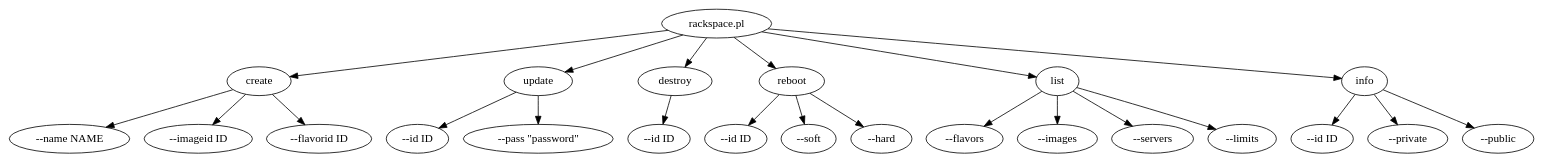
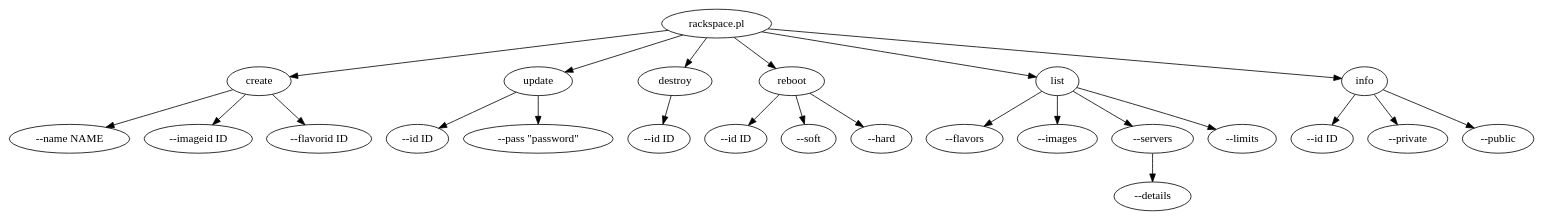
One commit to mfontani/Net-RackSpace-CloudServers changed the diagram in rackspace.dot. Above: the diagram before and after it, drawn with Graphviz.

Commit message:
Provision for --details to show servers details if wanted

```diff
--- a/rackspace.dot
+++ b/rackspace.dot
@@ -1,68 +1,70 @@
 digraph G {
 
   // rackspace COMMANDs:
   "rackspace.pl" -> "cmd_create";
   "rackspace.pl" -> "cmd_update";
   "rackspace.pl" -> "cmd_destroy";
   "rackspace.pl" -> "cmd_reboot";
   "rackspace.pl" -> "cmd_list";
   "rackspace.pl" -> "cmd_info";
 
   // rackspace REBOOT --opts
   "cmd_reboot" -> "cmd_reboot_opt_id";
   "cmd_reboot" -> "cmd_reboot_opt_soft";
   "cmd_reboot" -> "cmd_reboot_opt_hard";
 
   // rackspace DESTROY --opts
   "cmd_destroy" -> "cmd_destroy_opt_id";
 
   // rackspace CREATE --opts
   "cmd_create" -> "cmd_create_opt_name";
   "cmd_create" -> "cmd_create_opt_imageid";
   "cmd_create" -> "cmd_create_opt_flavorid";
 
   // rackspace UPDATE --opts
   "cmd_update" -> "cmd_update_opt_id";
   "cmd_update" -> "cmd_update_opt_adminpass";
 
   // rackspace LIST --opts
   "cmd_list" -> "cmd_list_flavors";
   "cmd_list" -> "cmd_list_images";
   "cmd_list" -> "cmd_list_servers";
   "cmd_list" -> "cmd_list_limits";
+  "cmd_list_servers" -> "cmd_list_servers_opt_details";
 
   // rackspace INFO --opts
   "cmd_info" -> "cmd_info_id";
   "cmd_info" -> "cmd_info_private";
   "cmd_info" -> "cmd_info_public";
 
   cmd_create [label="create"];
   cmd_update [label="update"];
   cmd_destroy [label="destroy"];
   cmd_reboot [label="reboot"];
   cmd_list [label="list"];
   cmd_info [label="info"];
 
   cmd_destroy_opt_id [label="--id ID"];
 
   cmd_reboot_opt_id [label="--id ID"];
   cmd_reboot_opt_soft [label="--soft"];
   cmd_reboot_opt_hard [label="--hard"];
 
   cmd_create_opt_name [label="--name NAME"];
   cmd_create_opt_imageid [label="--imageid ID"];
   cmd_create_opt_flavorid [label="--flavorid ID"];
 
   cmd_update_opt_id [label="--id ID"];
   cmd_update_opt_adminpass [label="--pass \"password\""];
 
   cmd_list_flavors [label="--flavors"];
   cmd_list_images [label="--images"];
   cmd_list_servers [label="--servers"];
   cmd_list_limits [label="--limits"];
+  cmd_list_servers_opt_details [label="--details"];
 
   cmd_info_id [label="--id ID"];
   cmd_info_private [label="--private"];
   cmd_info_public [label="--public"];
 
 }
```
